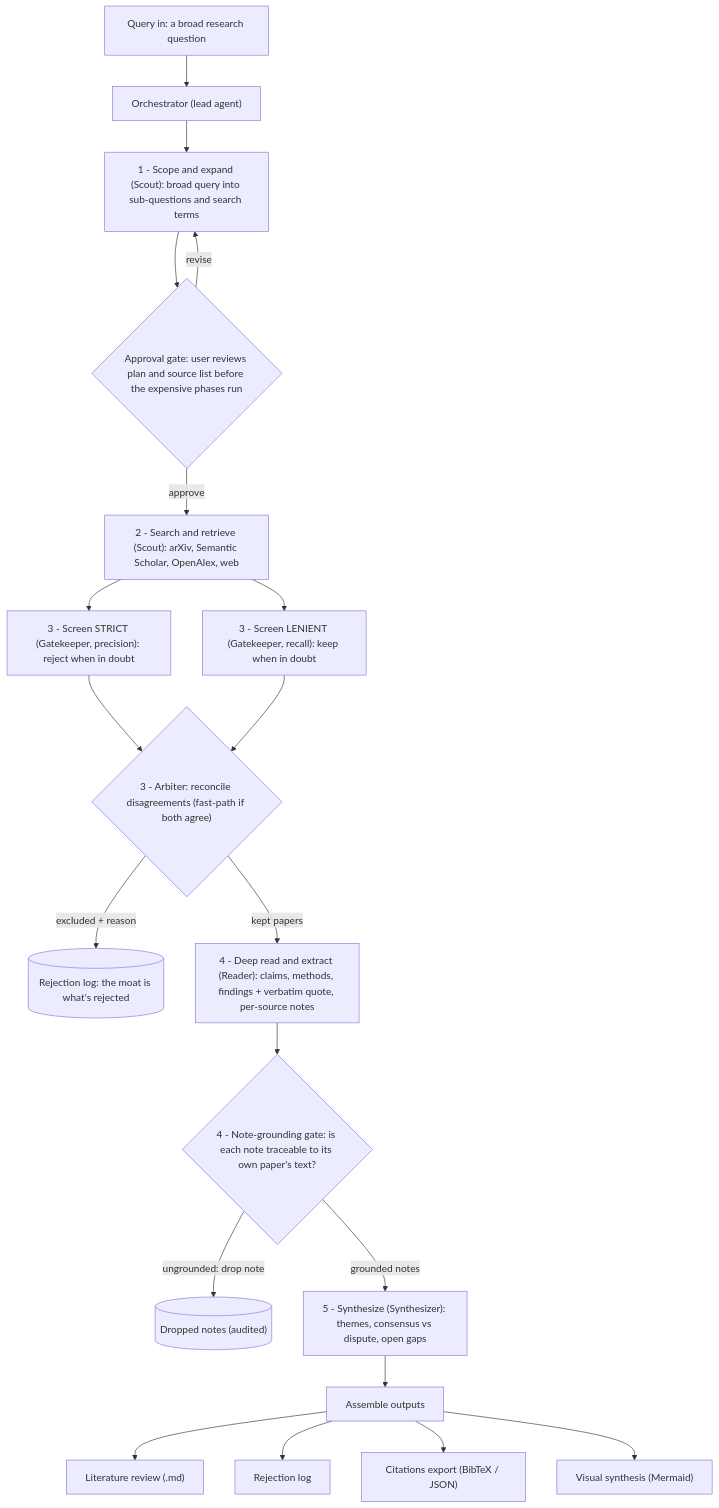
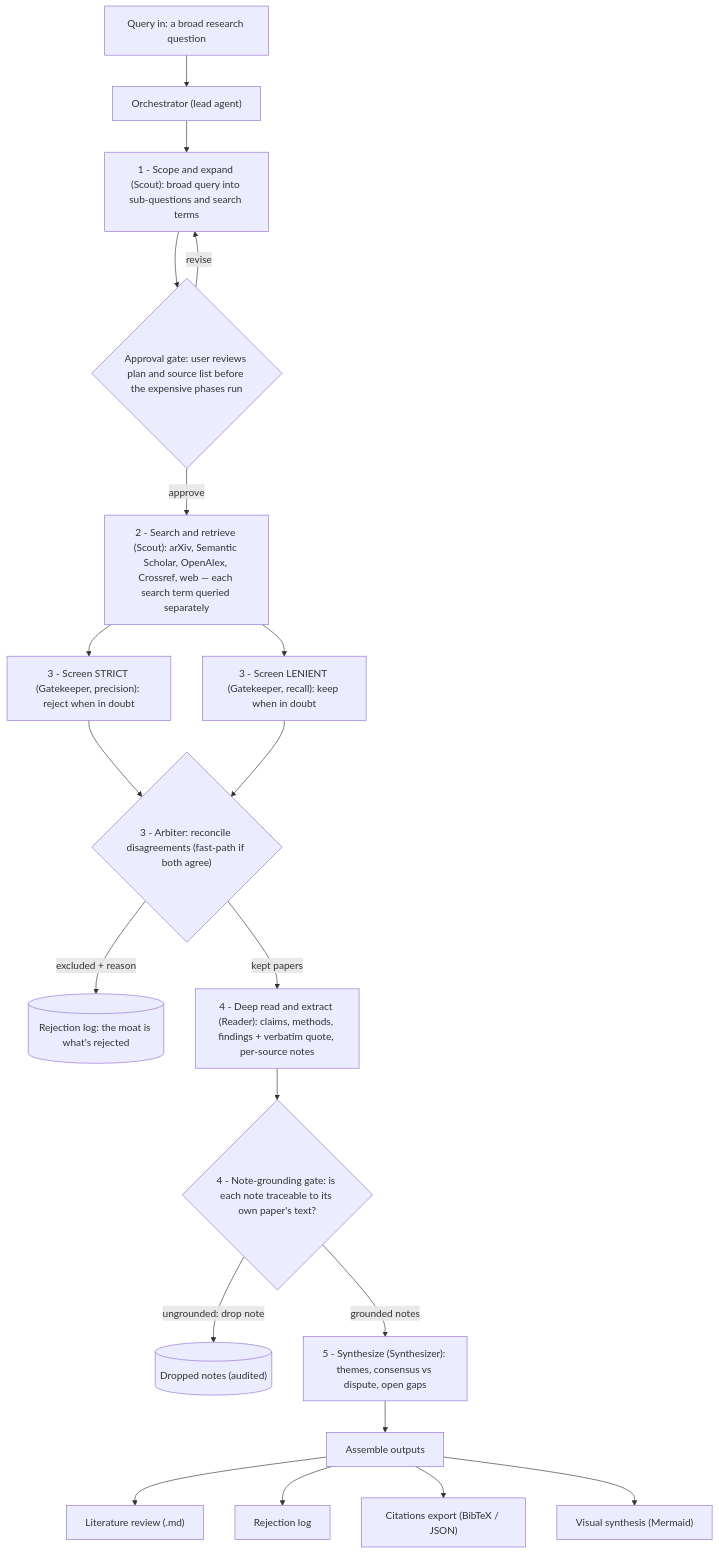
Before and after one commit to BastiSeid/NLP_Academic-Literature-Synthesizer-platform: the diagram in README.md, drawn with Mermaid. The commit also changed other lines of this file, not shown here.

First line of the commit message:
docs: refresh README for Crossref, APA references, per-term retrieval, web enrichment, routed UI

````diff
--- a/README.md
+++ b/README.md
@@ -31,22 +31,22 @@
 ```mermaid
 flowchart TD
     Q["Query in: a broad research question"] --> ORCH["Orchestrator (lead agent)"]
     ORCH --> SCOPE["1 - Scope and expand (Scout): broad query into sub-questions and search terms"]
     SCOPE --> GATE{"Approval gate: user reviews plan and source list before the expensive phases run"}
     GATE -- revise --> SCOPE
-    GATE -- approve --> SEARCH["2 - Search and retrieve (Scout): arXiv, Semantic Scholar, OpenAlex, web"]
+    GATE -- approve --> SEARCH["2 - Search and retrieve (Scout): arXiv, Semantic Scholar, OpenAlex, Crossref, web — each search term queried separately"]
     SEARCH --> SCR_S["3 - Screen STRICT (Gatekeeper, precision): reject when in doubt"]
     SEARCH --> SCR_L["3 - Screen LENIENT (Gatekeeper, recall): keep when in doubt"]
     SCR_S --> ARB{"3 - Arbiter: reconcile disagreements (fast-path if both agree)"}
     SCR_L --> ARB
     ARB -- "excluded + reason" --> REJLOG[("Rejection log: the moat is what's rejected")]
     ARB -- "kept papers" --> EXTRACT["4 - Deep read and extract (Reader): claims, methods, findings + verbatim quote, per-source notes"]
     EXTRACT --> NGATE{"4 - Note-grounding gate: is each note traceable to its own paper's text?"}
     NGATE -- "ungrounded: drop note" --> DROP[("Dropped notes (audited)")]
     NGATE -- "grounded notes" --> SYNTH["5 - Synthesize (Synthesizer): themes, consensus vs dispute, open gaps"]
     SYNTH --> OUT["Assemble outputs"]
     OUT --> O1["Literature review (.md)"]
     OUT --> O2["Rejection log"]
     OUT --> O3["Citations export (BibTeX / JSON)"]
     OUT --> O4["Visual synthesis (Mermaid)"]
 ```
````
